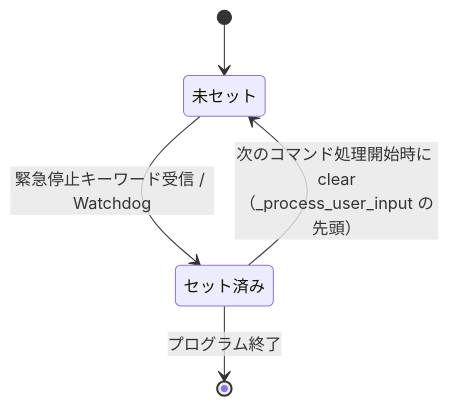
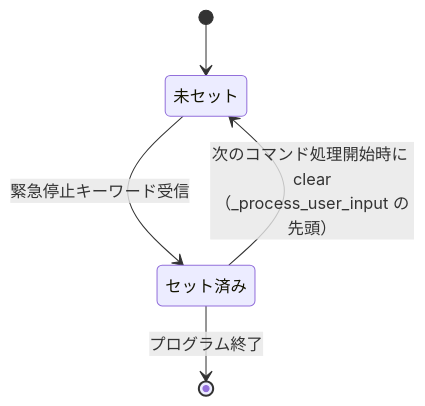
One commit to sato-susumu/susumu_agent changed the eighth of 11 diagrams in docs/Design.md. Above: the diagram before and after it, drawn with Mermaid. The commit also changed other lines of this file and 13 other files, not shown here.

````diff
--- a/docs/Design.md
+++ b/docs/Design.md
@@ -476,7 +513,7 @@
 ```mermaid
 stateDiagram-v2
     [*] --> 未セット
-    未セット --> セット済み : 緊急停止キーワード受信 / Watchdog
+    未セット --> セット済み : 緊急停止キーワード受信
     セット済み --> 未セット : 次のコマンド処理開始時に clear（_process_user_input の先頭）
     セット済み --> [*] : プログラム終了
 ```
````
